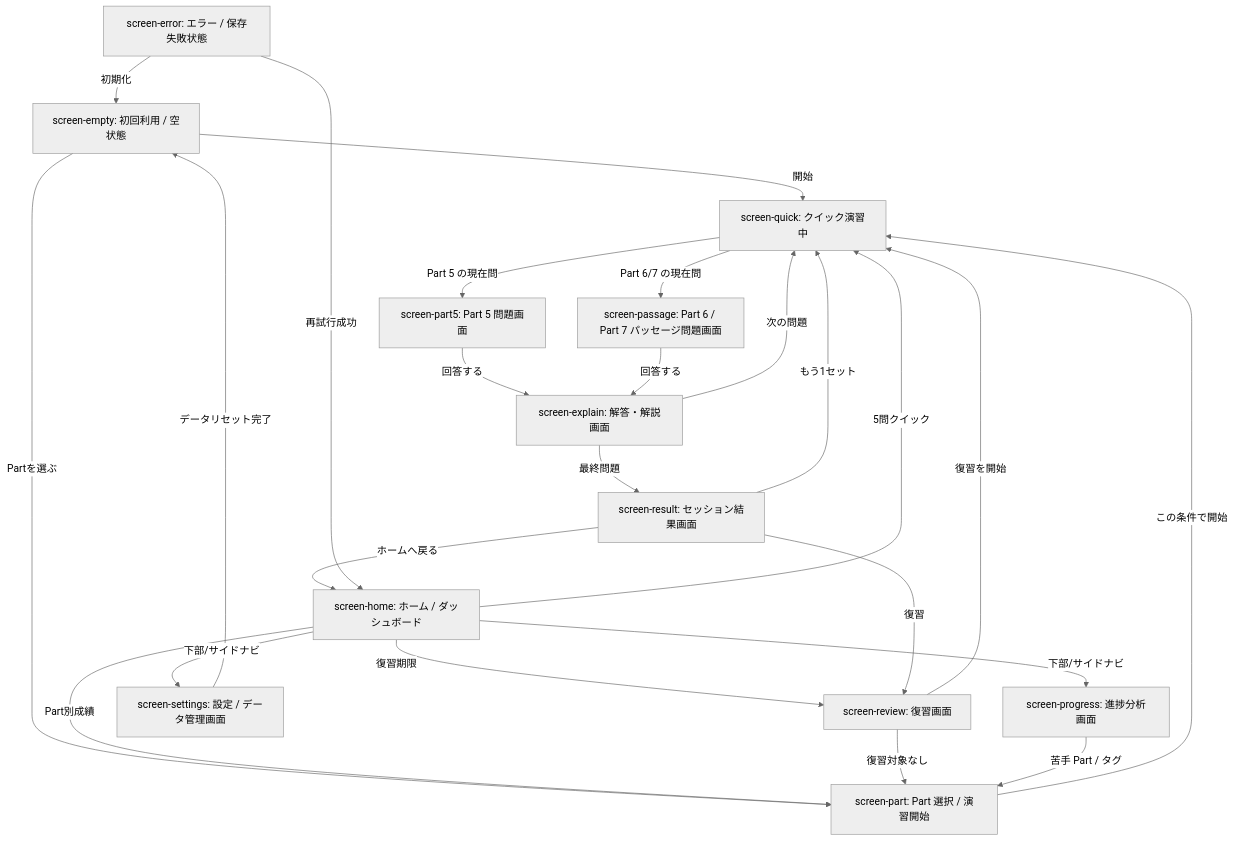
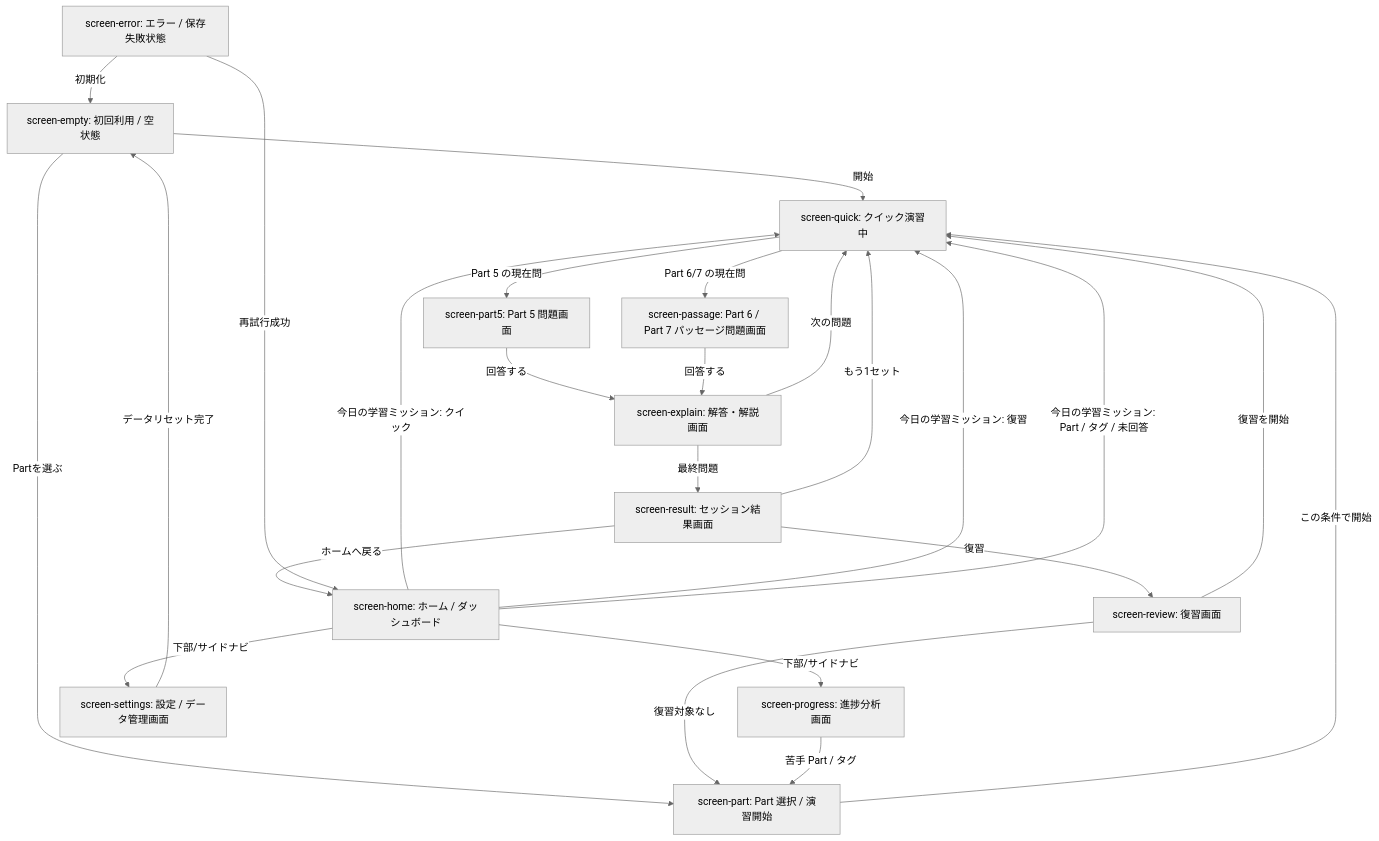
One commit to komavideo/nextjs-toeic changed the first of 5 diagrams in docs/WIREFLOW.md. Above: the diagram before and after it, drawn with Mermaid (neutral theme). The commit also changed other lines of this file and 8 other files, not shown here.

````diff
--- a/docs/WIREFLOW.md
+++ b/docs/WIREFLOW.md
@@ -30,39 +30,39 @@
 ```mermaid
 flowchart TD
   Empty["screen-empty: 初回利用 / 空状態"]
   Home["screen-home: ホーム / ダッシュボード"]
   Part["screen-part: Part 選択 / 演習開始"]
   Quick["screen-quick: クイック演習中"]
   Part5["screen-part5: Part 5 問題画面"]
   Passage["screen-passage: Part 6 / Part 7 パッセージ問題画面"]
   Explain["screen-explain: 解答・解説画面"]
   Result["screen-result: セッション結果画面"]
   Review["screen-review: 復習画面"]
   Progress["screen-progress: 進捗分析画面"]
   Settings["screen-settings: 設定 / データ管理画面"]
   Error["screen-error: エラー / 保存失敗状態"]
 
   Empty -->|開始| Quick
   Empty -->|Partを選ぶ| Part
-  Home -->|5問クイック| Quick
-  Home -->|Part別成績| Part
-  Home -->|復習期限| Review
+  Home -->|今日の学習ミッション: クイック| Quick
+  Home -->|今日の学習ミッション: 復習| Quick
+  Home -->|今日の学習ミッション: Part / タグ / 未回答| Quick
   Home -->|下部/サイドナビ| Progress
   Home -->|下部/サイドナビ| Settings
   Part -->|この条件で開始| Quick
   Quick -->|Part 5 の現在問| Part5
   Quick -->|Part 6/7 の現在問| Passage
   Part5 -->|回答する| Explain
   Passage -->|回答する| Explain
   Explain -->|次の問題| Quick
   Explain -->|最終問題| Result
   Result -->|復習| Review
   Result -->|もう1セット| Quick
   Result -->|ホームへ戻る| Home
   Review -->|復習を開始| Quick
   Review -->|復習対象なし| Part
   Progress -->|苦手 Part / タグ| Part
   Settings -->|データリセット完了| Empty
   Error -->|再試行成功| Home
   Error -->|初期化| Empty
 ```
````
